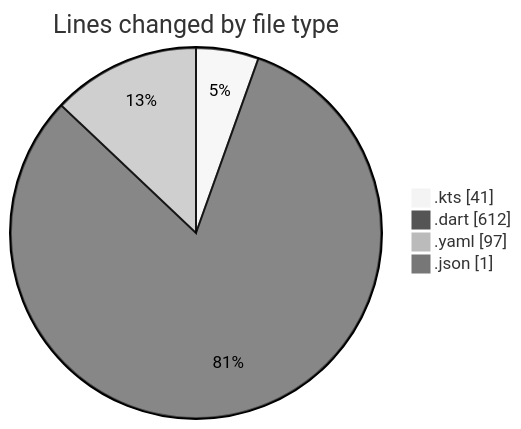
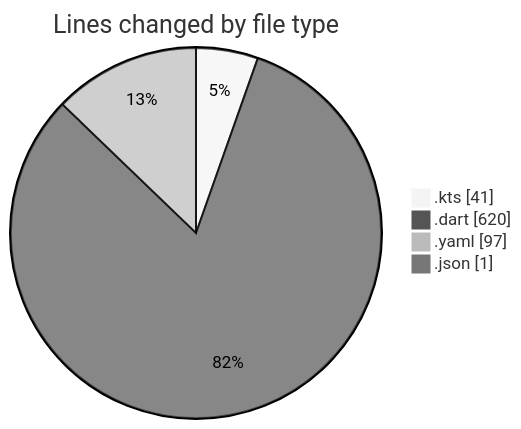
Before and after one commit to donsfak/code-tracking: the first of 2 diagrams in 2025-10-20/weather_insights_app/README.md, drawn with Mermaid (neutral theme). The commit also changed other lines of this file and 1 other file, not shown here.

````diff
--- a/2025-10-20/weather_insights_app/README.md
+++ b/2025-10-20/weather_insights_app/README.md
@@ -26,8 +26,8 @@
 ```mermaid
 pie showData
 title Lines changed by file type
 ".kts" : 41
-".dart" : 612
+".dart" : 620
 ".yaml" : 97
 ".json" : 1
 ```
````
